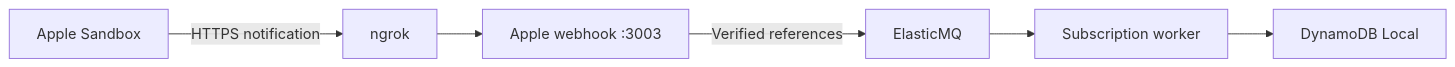
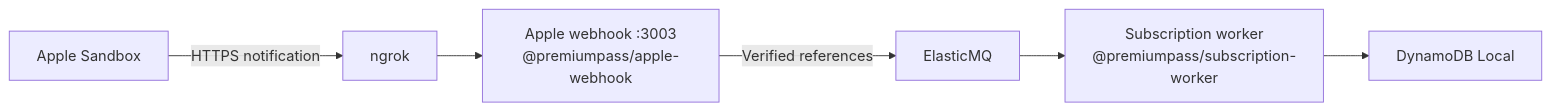
Before and after one commit to phillippbertram/subscription-consolidation-workshop: the third of 3 diagrams in docs/APPLE_PURCHASES.md, drawn with Mermaid. The commit also changed other lines of this file and 11 other files, not shown here.

````diff
--- a/docs/APPLE_PURCHASES.md
+++ b/docs/APPLE_PURCHASES.md
@@ -140,8 +140,8 @@
 ```mermaid
 flowchart LR
     Apple["Apple Sandbox"] -->|"HTTPS notification"| Tunnel["ngrok"]
-    Tunnel --> Ingress["Apple webhook :3003"]
+    Tunnel --> Ingress["Apple webhook :3003<br/>@premiumpass/apple-webhook"]
     Ingress -->|"Verified references"| Queue["ElasticMQ"]
-    Queue --> Worker["Subscription worker"]
+    Queue --> Worker["Subscription worker<br/>@premiumpass/subscription-worker"]
     Worker --> DB["DynamoDB Local"]
 ```
````
